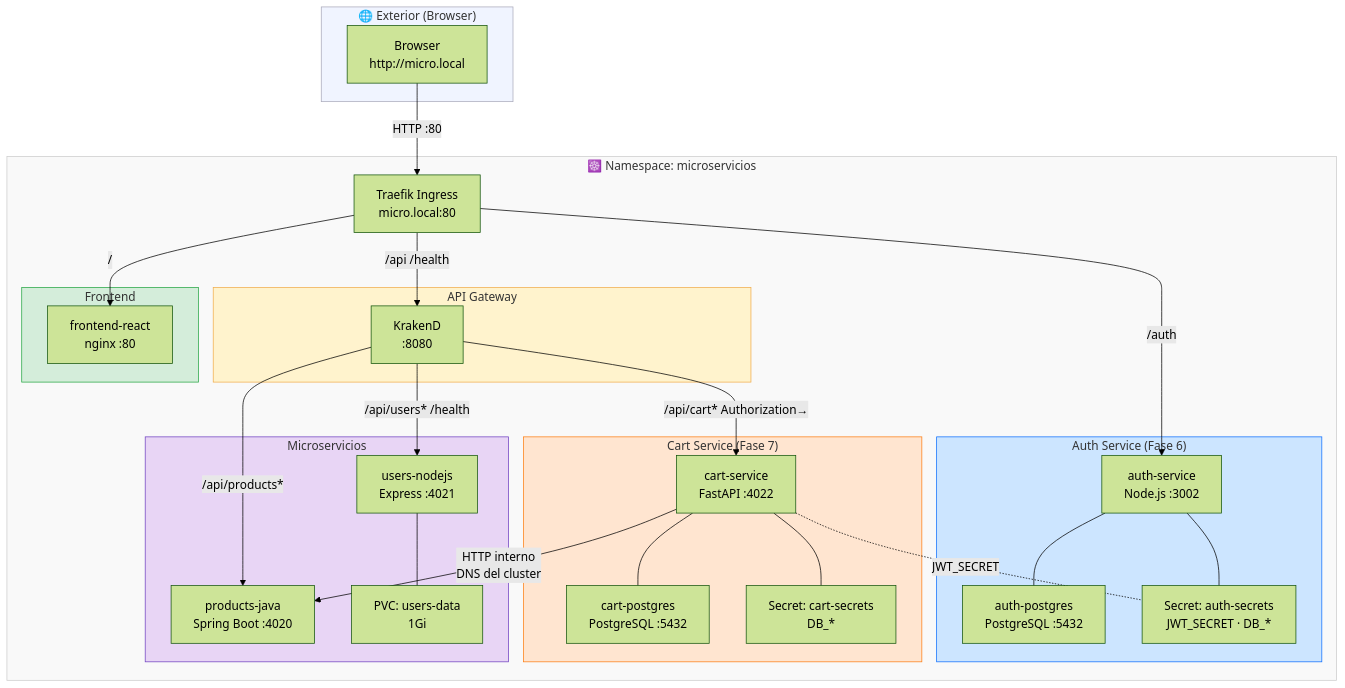
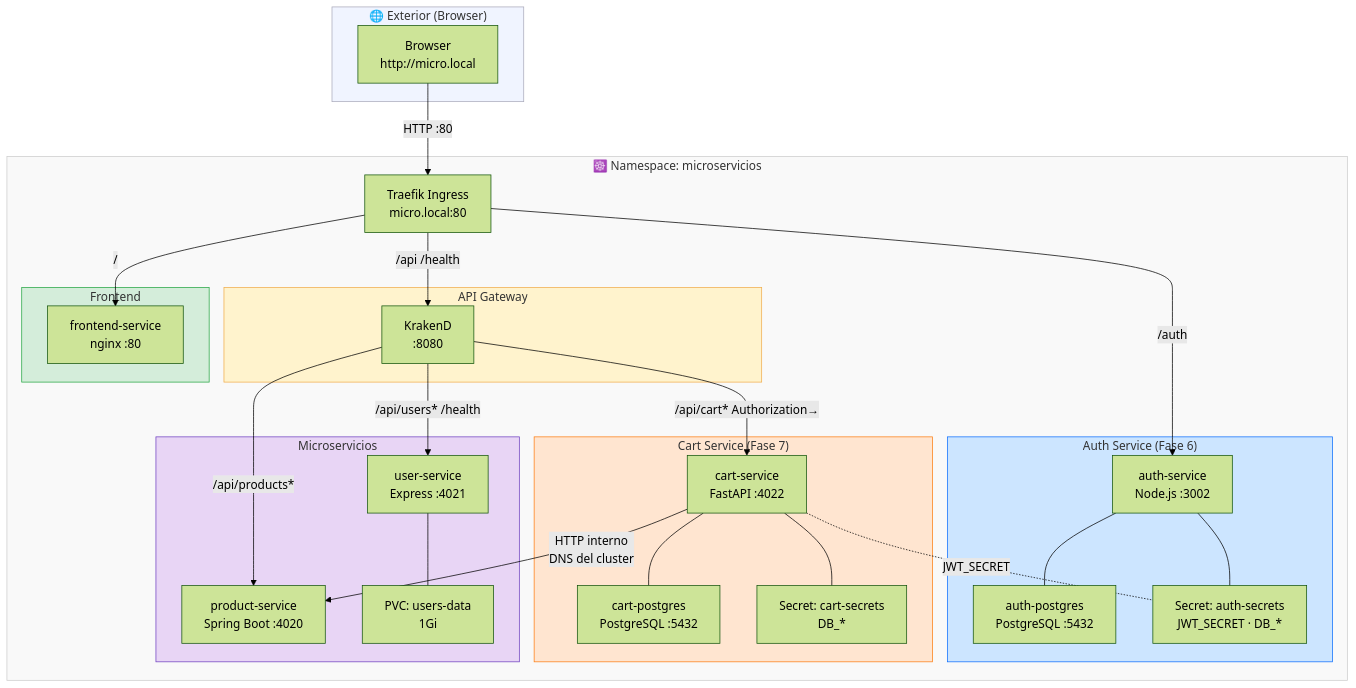
Diagram 16 of 20 in README.md (docentedev/IaC-example), drawn with Mermaid (forest theme) before and after one commit. The commit also changed other lines of this file and 60 other files, not shown here.

````diff
--- a/README.md
+++ b/README.md
@@ -2616,63 +2619,63 @@
 ```mermaid
 graph TB
     subgraph EXT["🌐 Exterior (Browser)"]
         BROWSER["Browser\nhttp://micro.local"]
     end
 
     subgraph K8S["☸️ Namespace: microservicios"]
         TRAEFIK["Traefik Ingress\nmicro.local:80"]
 
         subgraph GW["API Gateway"]
             KRAKEND["KrakenD\n:8080"]
         end
 
         subgraph FRONT["Frontend"]
-            NGINX["frontend-react\nnginx :80"]
+            NGINX["frontend-service\nnginx :80"]
         end
 
         subgraph AUTH["Auth Service (Fase 6)"]
             AUTH_SVC["auth-service\nNode.js :3002"]
             AUTH_PG["auth-postgres\nPostgreSQL :5432"]
             AUTH_SECRET["Secret: auth-secrets\nJWT_SECRET · DB_*"]
         end
 
         subgraph CART["Cart Service (Fase 7)"]
             CART_SVC["cart-service\nFastAPI :4022"]
             CART_PG["cart-postgres\nPostgreSQL :5432"]
             CART_SECRET["Secret: cart-secrets\nDB_*"]
         end
 
         subgraph MS["Microservicios"]
-            JAVA["products-java\nSpring Boot :4020"]
-            NODE["users-nodejs\nExpress :4021"]
+            JAVA["product-service\nSpring Boot :4020"]
+            NODE["user-service\nExpress :4021"]
             PVC["PVC: users-data\n1Gi"]
         end
     end
 
     BROWSER -->|"HTTP :80"| TRAEFIK
     TRAEFIK -->|"/api  /health"| KRAKEND
     TRAEFIK -->|"/auth"| AUTH_SVC
     TRAEFIK -->|"/"| NGINX
 
     KRAKEND -->|"/api/products*"| JAVA
     KRAKEND -->|"/api/users*  /health"| NODE
     KRAKEND -->|"/api/cart*  Authorization→"| CART_SVC
 
     CART_SVC -->|"HTTP interno\nDNS del cluster"| JAVA
     CART_SVC --- CART_PG
     CART_SVC -.-|"JWT_SECRET"| AUTH_SECRET
     CART_SVC --- CART_SECRET
 
     AUTH_SVC --- AUTH_PG
     AUTH_SVC --- AUTH_SECRET
 
     NODE --- PVC
 
     style EXT fill:#f0f4ff,stroke:#aab
     style K8S fill:#f9f9f9,stroke:#ccc
     style GW fill:#fff3cd,stroke:#f0ad4e
     style FRONT fill:#d4edda,stroke:#28a745
     style AUTH fill:#cce5ff,stroke:#0d6efd
     style CART fill:#ffe5d0,stroke:#fd7e14
     style MS fill:#e8d5f5,stroke:#6f42c1
 ```
````
